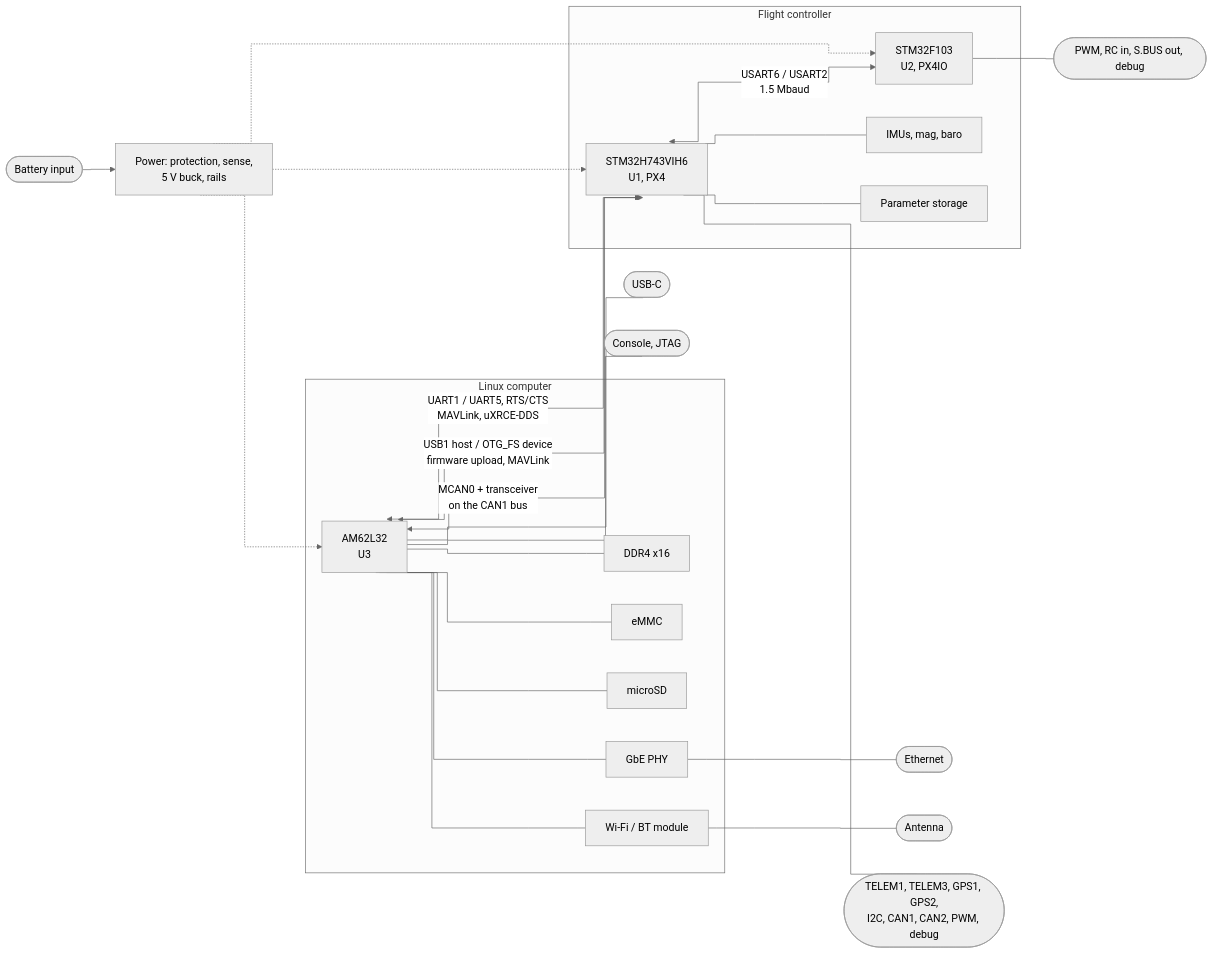
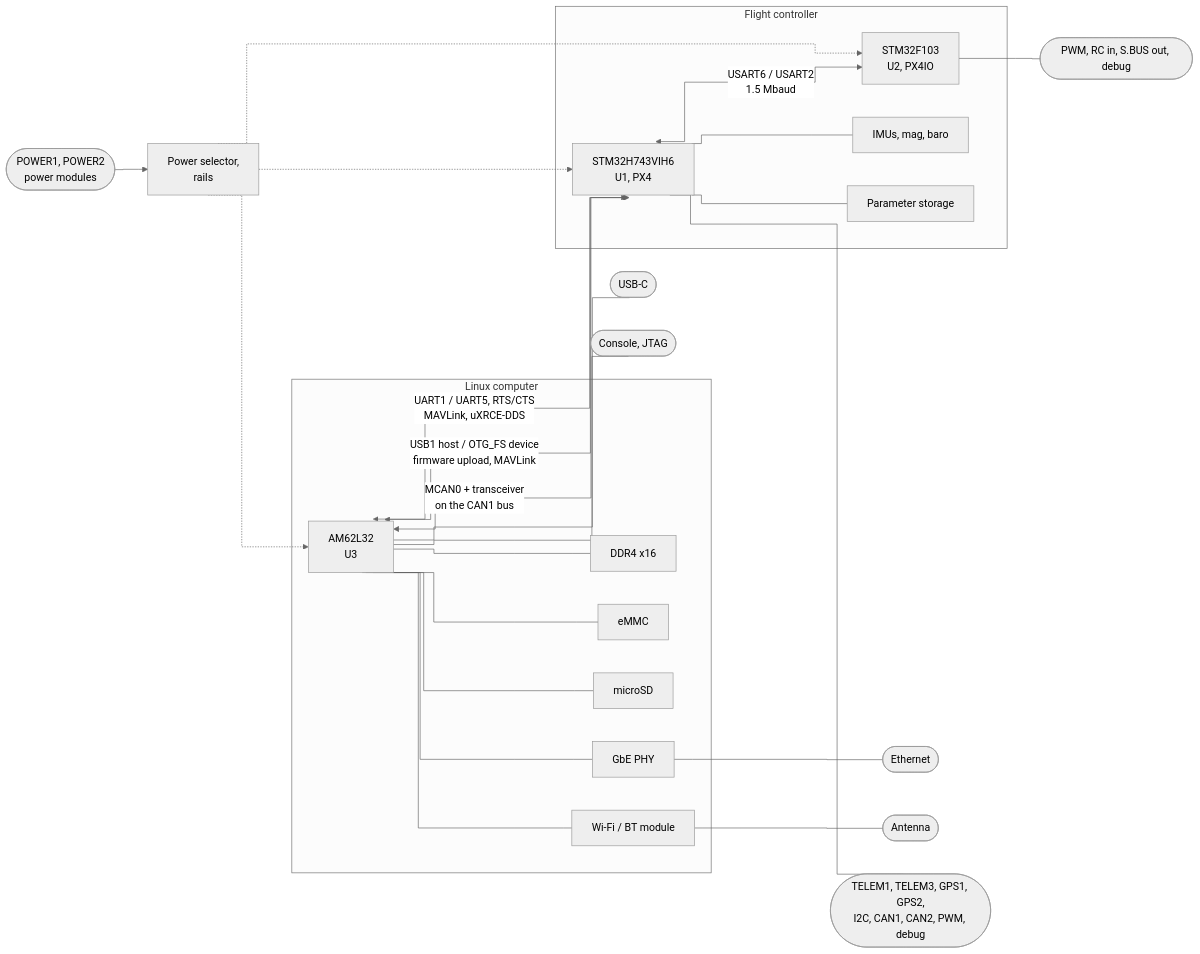
The first of 4 diagrams in projects/pinion/specs/diagrams/block-diagram.md (JustBrenkman/sora), drawn with Mermaid (neutral theme) before and after one commit. The commit also changed other lines of this file and 7 other files, not shown here.

Commit message:
revised pinouts, schematic todo and added 30.5 x 30.5 moutning holes

````diff
--- a/projects/pinion/specs/diagrams/block-diagram.md
+++ b/projects/pinion/specs/diagrams/block-diagram.md
@@ -13,43 +13,43 @@
 ```mermaid
 %%{init: {"flowchart": {"curve": "step"}}}%%
 flowchart LR
-    BAT([Battery input]) --> PWR[Power: protection, sense,<br/>5 V buck, rails]
+    BAT([POWER1, POWER2<br/>power modules]) --> PWR[Power selector,<br/>rails]
     PWR -.-> SOC
     PWR -.-> FMU
     PWR -.-> IO
 
     subgraph SBC[Linux computer]
         SOC[AM62L32<br/>U3]
         DDR[DDR4 x16]
         EMMC[eMMC]
         SD[microSD]
         PHY[GbE PHY]
         WL[Wi-Fi / BT module]
         SOC --- DDR
         SOC --- EMMC
         SOC --- SD
         SOC --- PHY
         SOC --- WL
     end
 
     subgraph FC[Flight controller]
         FMU[STM32H743VIH6<br/>U1, PX4]
         IO[STM32F103<br/>U2, PX4IO]
         SENS[IMUs, mag, baro]
         NVM[Parameter storage]
         FMU --- SENS
         FMU --- NVM
         FMU <-->|USART6 / USART2<br/>1.5 Mbaud| IO
     end
 
     SOC <-->|UART1 / UART5, RTS/CTS<br/>MAVLink, uXRCE-DDS| FMU
     SOC <-->|USB1 host / OTG_FS device<br/>firmware upload, MAVLink| FMU
     SOC <-->|MCAN0 + transceiver<br/>on the CAN1 bus| FMU
 
     SOC --- USBC([USB-C])
     PHY --- ETH([Ethernet])
     WL --- ANT([Antenna])
     SOC --- CON([Console, JTAG])
     FMU --- PORTS([TELEM1, TELEM3, GPS1, GPS2,<br/>I2C, CAN1, CAN2, PWM, debug])
     IO --- RC([PWM, RC in, S.BUS out, debug])
 ```
````
